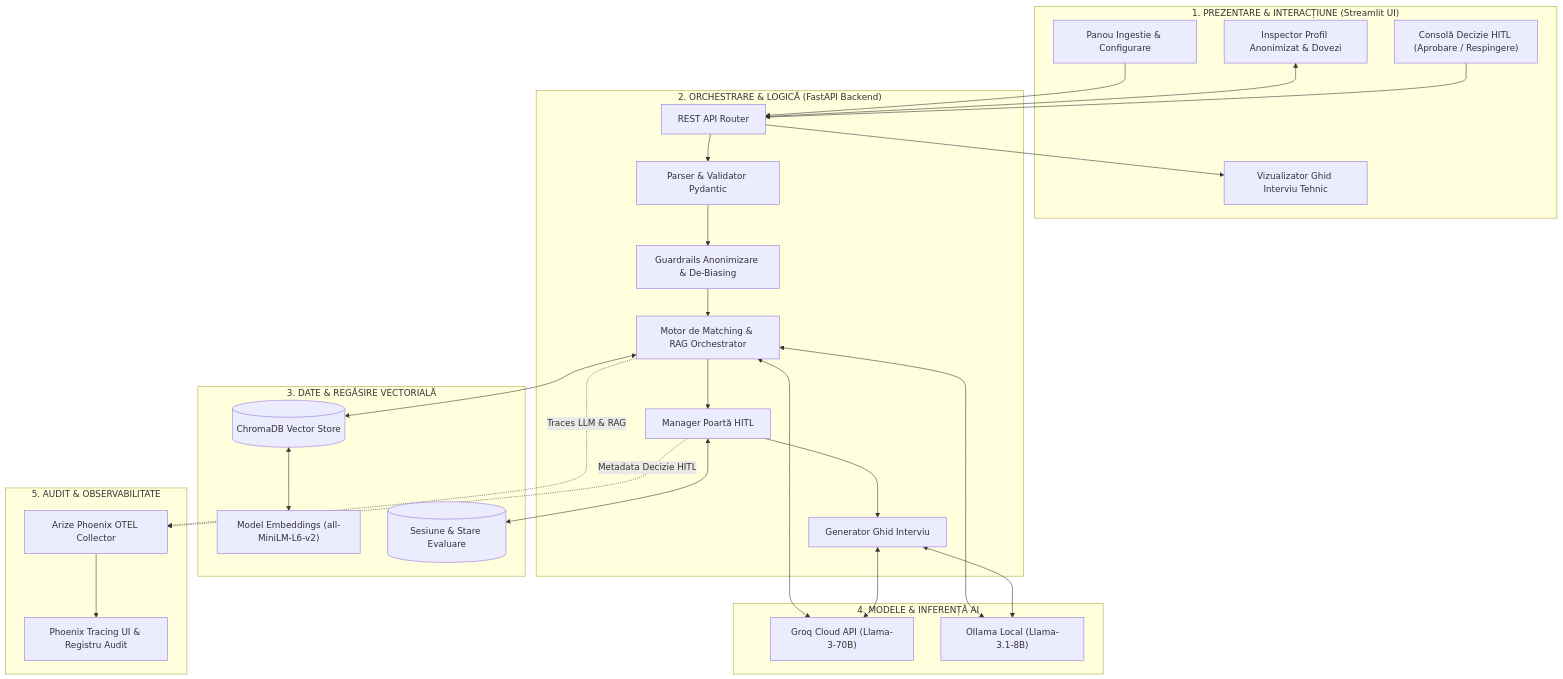
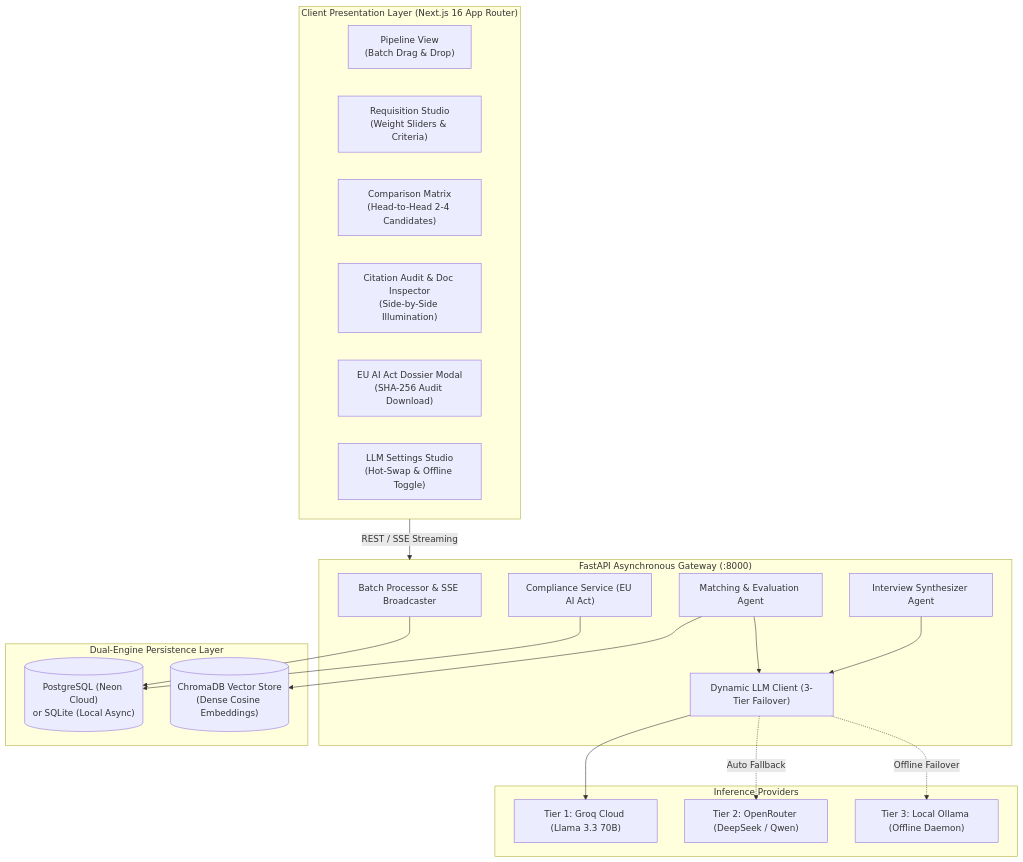
One commit to MorariuMark/agentic-recruitment-screening changed the diagram in README.md. Above: the diagram before and after it, drawn with Mermaid. The commit also changed other lines of this file and 1 other file, not shown here.

Commit message:
docs: add enterprise cloud deployment guide and executive pitch README

````diff
--- a/README.md
+++ b/README.md
@@ -152,63 +44,40 @@
 ```mermaid
 flowchart TD
-    subgraph Presentation ["1. PREZENTARE & INTERACȚIUNE (Streamlit UI)"]
-        UI_Upload["Panou Ingestie & Configurare"]
-        UI_Review["Inspector Profil Anonimizat & Dovezi"]
-        UI_HITL["Consolă Decizie HITL (Aprobare / Respingere)"]
-        UI_Guide["Vizualizator Ghid Interviu Tehnic"]
+    subgraph UI ["Client Presentation Layer (Next.js 16 App Router)"]
+        A["Pipeline View<br/>(Batch Drag & Drop)"]
+        B["Requisition Studio<br/>(Weight Sliders & Criteria)"]
+        C["Comparison Matrix<br/>(Head-to-Head 2-4 Candidates)"]
+        D["Citation Audit & Doc Inspector<br/>(Side-by-Side Illumination)"]
+        E["EU AI Act Dossier Modal<br/>(SHA-256 Audit Download)"]
+        F["LLM Settings Studio<br/>(Hot-Swap & Offline Toggle)"]
     end
 
-    subgraph Backend ["2. ORCHESTRARE & LOGICĂ (FastAPI Backend)"]
-        API_Gateway["REST API Router"]
-        Pydantic_Parser["Parser & Validator Pydantic"]
-        PII_Guard["Guardrails Anonimizare & De-Biasing"]
-        Match_Engine["Motor de Matching & RAG Orchestrator"]
-        HITL_Manager["Manager Poartă HITL"]
-        Interview_Builder["Generator Ghid Interviu"]
+    subgraph API ["FastAPI Asynchronous Gateway (:8000)"]
+        G["Batch Processor & SSE Broadcaster"]
+        H["Matching & Evaluation Agent"]
+        I["Interview Synthesizer Agent"]
+        J["Compliance Service (EU AI Act)"]
+        K["Dynamic LLM Client (3-Tier Failover)"]
     end
 
-    subgraph DataLayer ["3. DATE & REGĂSIRE VECTORIALĂ"]
-        Chroma_DB[("ChromaDB Vector Store")]
-        Embed_Model["Model Embeddings (all-MiniLM-L6-v2)"]
-        Local_Cache[("Sesiune & Stare Evaluare")]
+    subgraph Persistence ["Dual-Engine Persistence Layer"]
+        L[("PostgreSQL (Neon Cloud)<br/>or SQLite (Local Async)")]
+        M[("ChromaDB Vector Store<br/>(Dense Cosine Embeddings)")]
     end
 
-    subgraph ModelLayer ["4. MODELE & INFERENȚĂ AI"]
-        Groq_API["Groq Cloud API (Llama-3-70B)"]
-        Ollama_Local["Ollama Local (Llama-3.1-8B)"]
+    subgraph Models ["Inference Providers"]
+        N["Tier 1: Groq Cloud (Llama 3.3 70B)"]
+        O["Tier 2: OpenRouter (DeepSeek / Qwen)"]
+        P["Tier 3: Local Ollama (Offline Daemon)"]
     end
 
-    subgraph Observability ["5. AUDIT & OBSERVABILITATE"]
-        Phoenix_Server["Arize Phoenix OTEL Collector"]
-        Phoenix_Dashboard["Phoenix Tracing UI & Registru Audit"]
-    end
-
-    %% Flux UI -> Backend
-    UI_Upload --> API_Gateway
-    UI_Review <--> API_Gateway
-    UI_HITL --> API_Gateway
-    API_Gateway --> UI_Guide
-
-    %% Flux Backend intern
-    API_Gateway --> Pydantic_Parser
-    Pydantic_Parser --> PII_Guard
-    PII_Guard --> Match_Engine
-    Match_Engine --> HITL_Manager
-    HITL_Manager --> Interview_Builder
-
-    %% Backend <-> Date
-    Match_Engine <--> Chroma_DB
-    Chroma_DB <--> Embed_Model
-    HITL_Manager <--> Local_Cache
-
-    %% Backend <-> Modele
-    Match_Engine <--> Groq_API
-    Match_Engine <--> Ollama_Local
-    Interview_Builder <--> Groq_API
-    Interview_Builder <--> Ollama_Local
-
-    %% Backend -> Observabilitate
-    Match_Engine -. Traces LLM & RAG .-> Phoenix_Server
-    HITL_Manager -. Metadata Decizie HITL .-> Phoenix_Server
-    Phoenix_Server --> Phoenix_Dashboard
+    UI -->|REST / SSE Streaming| API
+    G --> L
+    H --> M
+    H --> K
+    I --> K
+    J --> L
+    K --> N
+    K -.->|Auto Fallback| O
+    K -.->|Offline Failover| P
 ```
````
